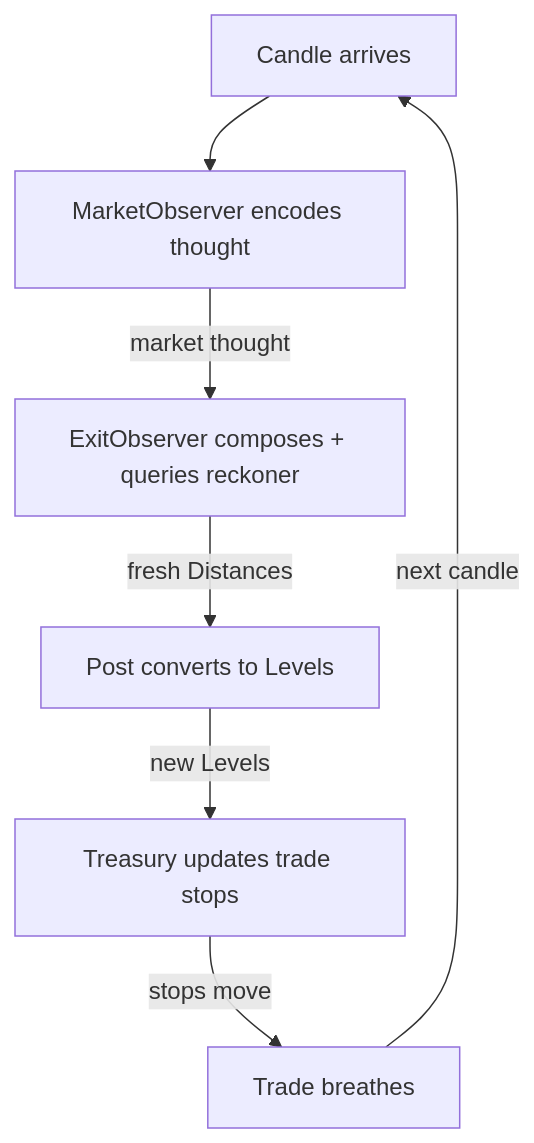
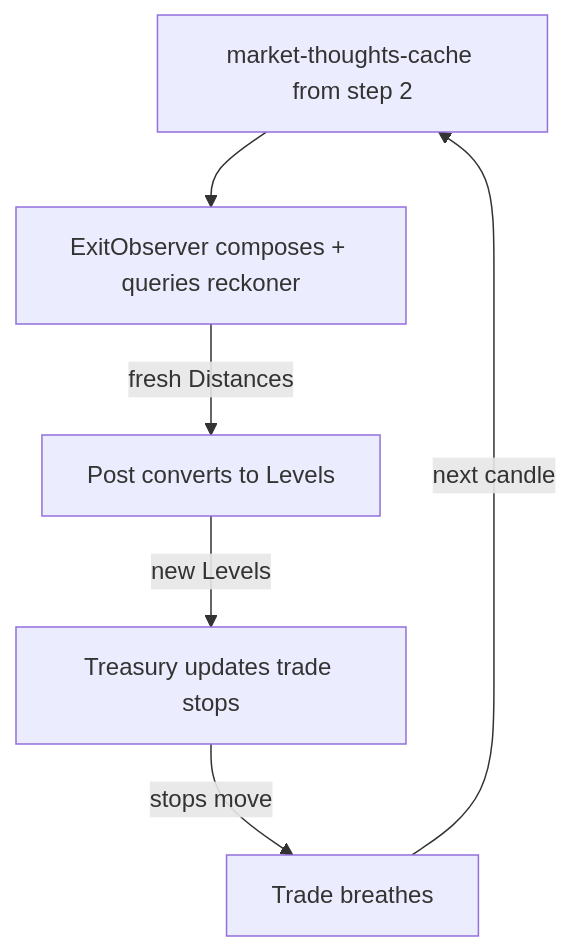
Before and after one commit to watmin/holon-lab-trading: the sixth of 9 diagrams in wat/CIRCUIT.md, drawn with Mermaid. The commit also changed other lines of this file and 2 other files, not shown here.

````diff
--- a/wat/CIRCUIT.md
+++ b/wat/CIRCUIT.md
@@ -201,9 +201,8 @@
 ```mermaid
 graph TD
-    CD[Candle arrives] --> MO[MarketObserver encodes thought]
-    MO -->|market thought| EO[ExitObserver composes + queries reckoner]
+    CACHE[market-thoughts-cache from step 2] --> EO[ExitObserver composes + queries reckoner]
     EO -->|fresh Distances| POST[Post converts to Levels]
     POST -->|new Levels| TR[Treasury updates trade stops]
     TR -->|stops move| TRADE[Trade breathes]
-    TRADE -->|next candle| CD
+    TRADE -->|next candle| CACHE
 ```
````
